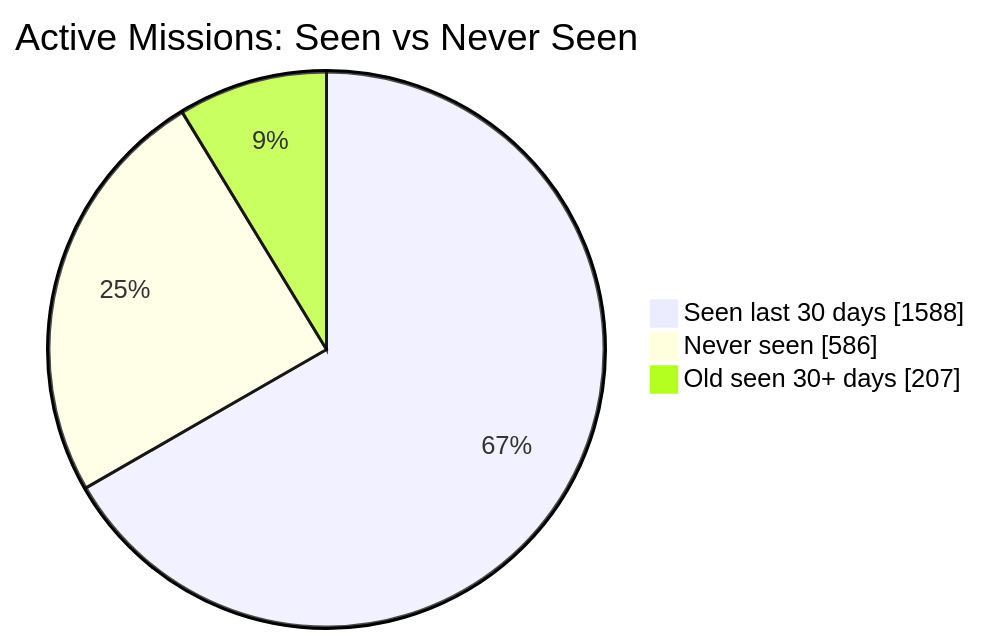
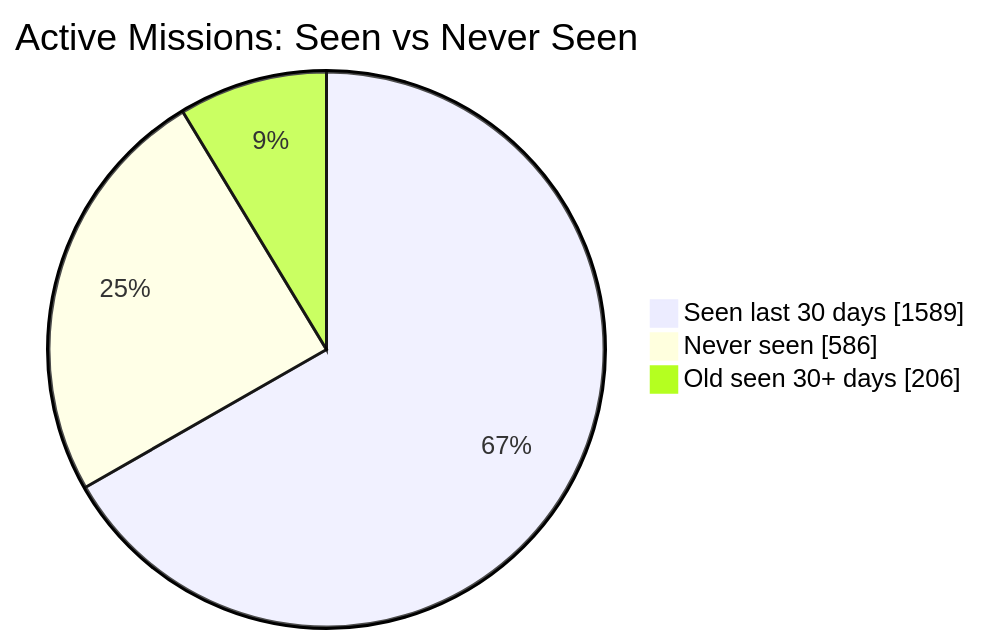
One commit to MeldkamerspelGameTeam/active-missions changed the first of 2 diagrams in README.md. Above: the diagram before and after it, drawn with Mermaid. The commit also changed other lines of this file and 3 other files, not shown here.

````diff
--- a/README.md
+++ b/README.md
@@ -34,7 +34,7 @@
 ```mermaid
 pie showData
     title Active Missions: Seen vs Never Seen
-    "Seen last 30 days" : 1588
+    "Seen last 30 days" : 1589
     "Never seen" : 586
-    "Old seen 30+ days" : 207
+    "Old seen 30+ days" : 206
 ```
````
